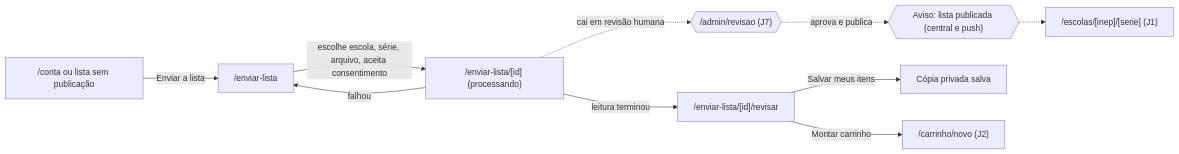
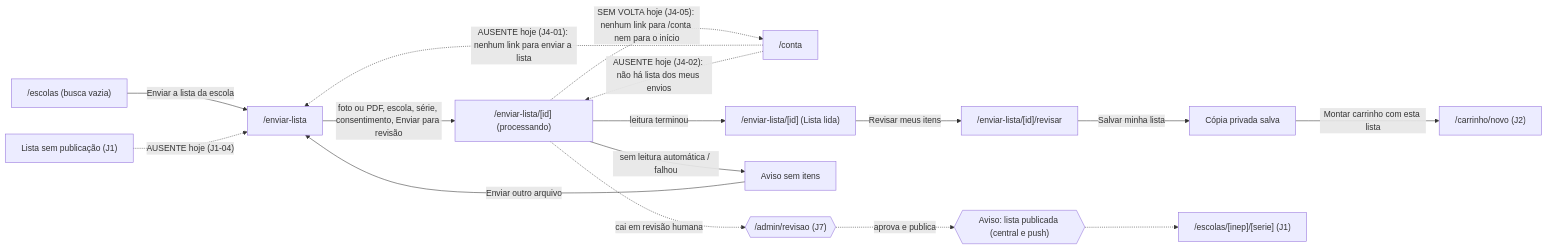
Before and after one commit to mzinhoww-svg/listaescolar: the fourth of 9 diagrams in docs/revisao-total/fluxos.md, drawn with Mermaid. The commit also changed other lines of this file and 35 other files, not shown here.

````diff
--- a/docs/revisao-total/fluxos.md
+++ b/docs/revisao-total/fluxos.md
@@ -76,12 +86,18 @@
 ```mermaid
 flowchart LR
-  conta["/conta ou lista sem publicação"] -->|"Enviar a lista"| enviar["/enviar-lista"]
-  enviar -->|"escolhe escola, série, arquivo, aceita consentimento"| status["/enviar-lista/[id] (processando)"]
-  status -->|"leitura terminou"| revisar["/enviar-lista/[id]/revisar"]
-  status -->|"falhou"| enviar
+  busca["/escolas (busca vazia)"] -->|"Enviar a lista da escola"| enviar["/enviar-lista"]
+  conta["/conta"] -. "AUSENTE hoje (J4-01): nenhum link para enviar a lista" .-> enviar
+  semlista["Lista sem publicação (J1)"] -. "AUSENTE hoje (J1-04)" .-> enviar
+  enviar -->|"foto ou PDF, escola, série, consentimento, Enviar para revisão"| status["/enviar-lista/[id] (processando)"]
+  status -->|"leitura terminou"| lida["/enviar-lista/[id] (Lista lida)"]
+  status -->|"sem leitura automática / falhou"| aviso2["Aviso sem itens"]
+  aviso2 -->|"Enviar outro arquivo"| enviar
+  lida -->|"Revisar meus itens"| revisar["/enviar-lista/[id]/revisar"]
   status -.->|"cai em revisão humana"| admin{{"/admin/revisao (J7)"}}
   admin -.->|"aprova e publica"| aviso{{"Aviso: lista publicada (central e push)"}}
-  revisar -->|"Salvar meus itens"| salvo["Cópia privada salva"]
-  revisar -->|"Montar carrinho"| carrinho["/carrinho/novo (J2)"]
+  revisar -->|"Salvar minha lista"| salvo["Cópia privada salva"]
+  salvo -->|"Montar carrinho com esta lista"| carrinho["/carrinho/novo (J2)"]
   aviso -.-> lista["/escolas/[inep]/[serie] (J1)"]
+  status -. "SEM VOLTA hoje (J4-05): nenhum link para /conta nem para o início" .-> conta
+  conta -. "AUSENTE hoje (J4-02): não há lista dos meus envios" .-> status
 ```
````
